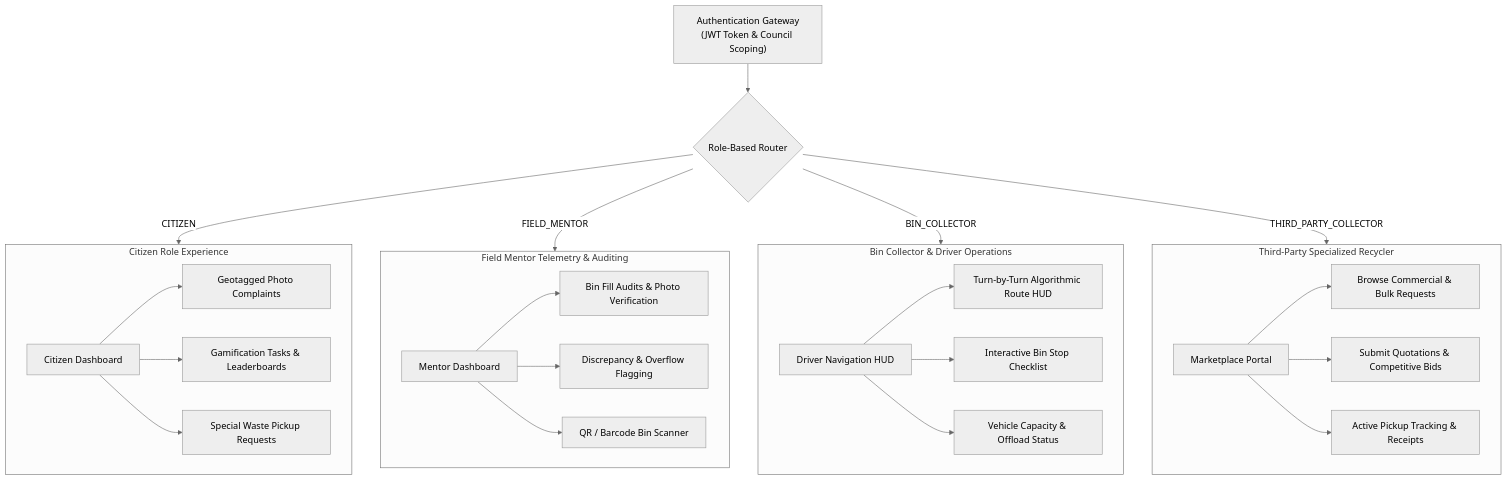
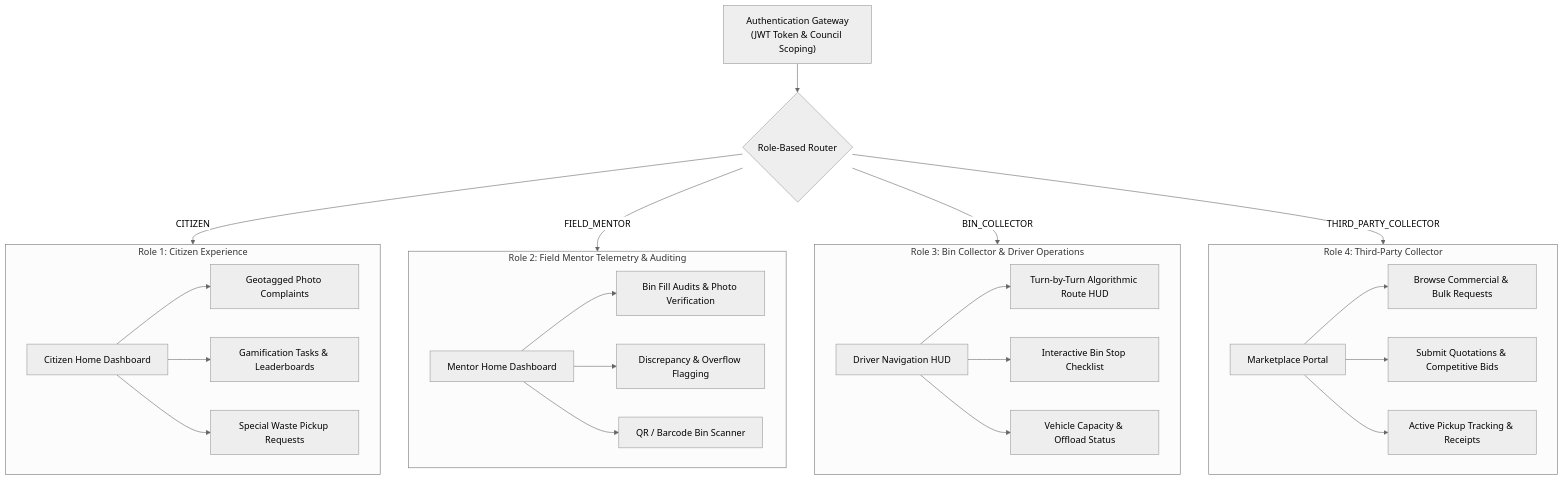
One commit to CodeMIndsUoM/Garbo-flutter changed the first of 2 diagrams in README.md. Above: the diagram before and after it, drawn with Mermaid (neutral theme). The commit also changed other lines of this file and 5 other files, not shown here.

Commit message:
docs & chore: add UI showcase screenshots, update gitignore, and rewrite architecture README

````diff
--- a/README.md
+++ b/README.md
@@ -45,33 +40,33 @@
 ```mermaid
 graph TD
     Auth["Authentication Gateway<br/>(JWT Token & Council Scoping)"] --> Router{"Role-Based Router"}
 
-    subgraph Citizen["Citizen Role Experience"]
-        R1["Citizen Dashboard"] --> R1_1["Geotagged Photo Complaints"]
+    subgraph Citizen["Role 1: Citizen Experience"]
+        R1["Citizen Home Dashboard"] --> R1_1["Geotagged Photo Complaints"]
         R1 --> R1_2["Gamification Tasks & Leaderboards"]
         R1 --> R1_3["Special Waste Pickup Requests"]
     end
 
-    subgraph Mentor["Field Mentor Telemetry & Auditing"]
-        R2["Mentor Dashboard"] --> R2_1["Bin Fill Audits & Photo Verification"]
+    subgraph Mentor["Role 2: Field Mentor Telemetry & Auditing"]
+        R2["Mentor Home Dashboard"] --> R2_1["Bin Fill Audits & Photo Verification"]
         R2 --> R2_2["Discrepancy & Overflow Flagging"]
         R2 --> R2_3["QR / Barcode Bin Scanner"]
     end
 
-    subgraph Driver["Bin Collector & Driver Operations"]
+    subgraph Driver["Role 3: Bin Collector & Driver Operations"]
         R3["Driver Navigation HUD"] --> R3_1["Turn-by-Turn Algorithmic Route HUD"]
         R3 --> R3_2["Interactive Bin Stop Checklist"]
         R3 --> R3_3["Vehicle Capacity & Offload Status"]
     end
 
-    subgraph Recycler["Third-Party Specialized Recycler"]
+    subgraph ThirdParty["Role 4: Third-Party Collector"]
         R4["Marketplace Portal"] --> R4_1["Browse Commercial & Bulk Requests"]
         R4 --> R4_2["Submit Quotations & Competitive Bids"]
         R4 --> R4_3["Active Pickup Tracking & Receipts"]
     end
 
     Router -->|CITIZEN| Citizen
     Router -->|FIELD_MENTOR| Mentor
     Router -->|BIN_COLLECTOR| Driver
-    Router -->|THIRD_PARTY_COLLECTOR| Recycler
+    Router -->|THIRD_PARTY_COLLECTOR| ThirdParty
 ```
````
